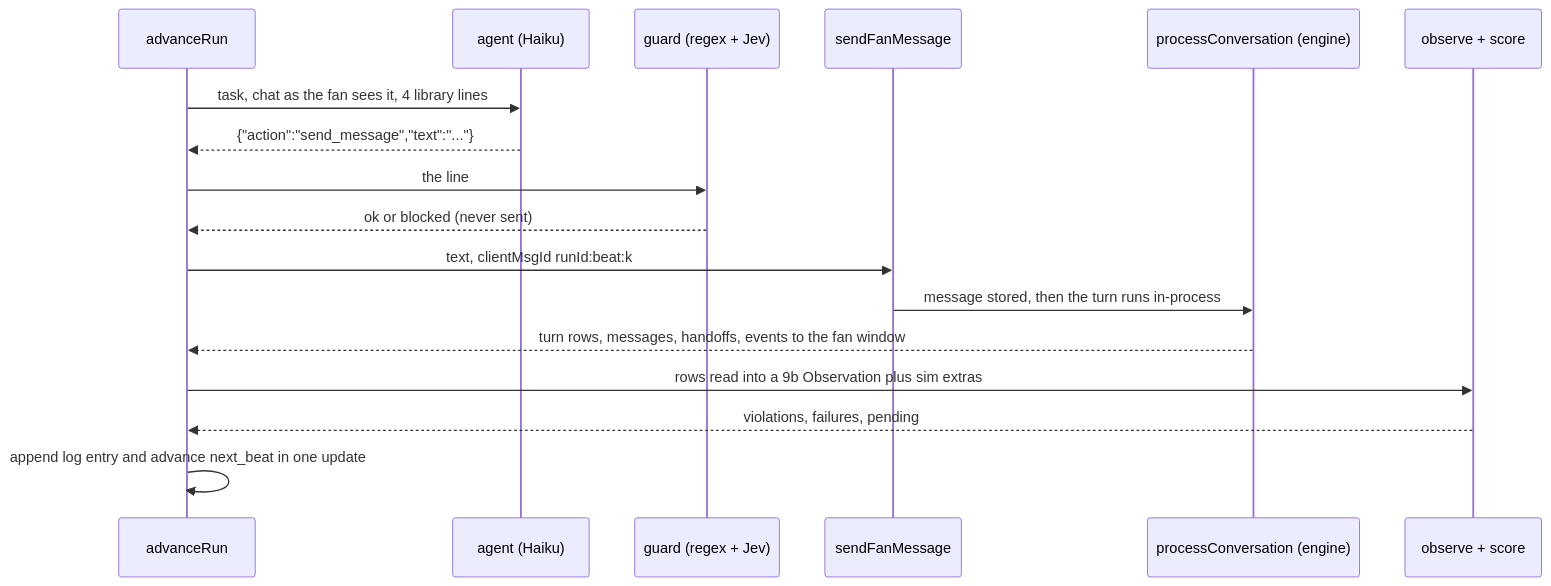
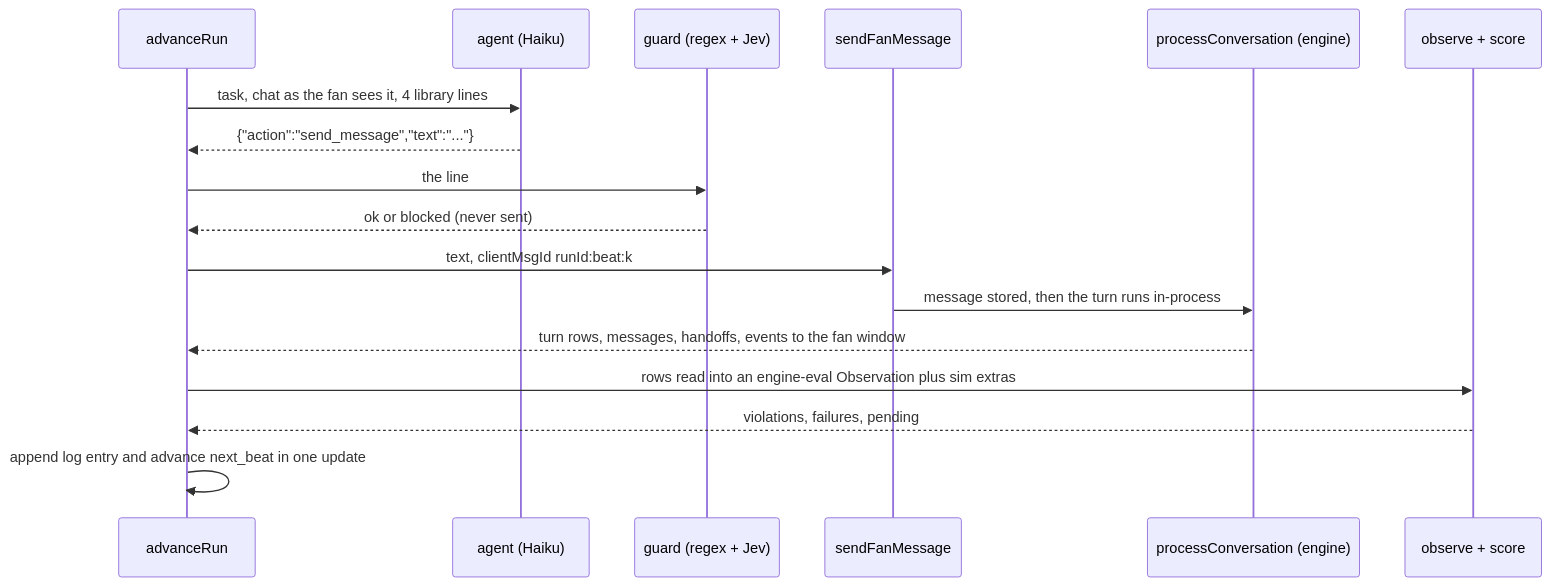
One commit to jadd0/understudy changed the second of 3 diagrams in docs/FAN-SIM.md. Above: the diagram before and after it, drawn with Mermaid. The commit also changed other lines of this file and 11 other files, not shown here.

````diff
--- a/docs/FAN-SIM.md
+++ b/docs/FAN-SIM.md
@@ -1023,19 +1020,19 @@
 ```mermaid
 sequenceDiagram
   participant R as advanceRun
   participant A as agent (Haiku)
   participant G as guard (regex + Jev)
   participant S as sendFanMessage
   participant E as processConversation (engine)
   participant O as observe + score
   R->>A: task, chat as the fan sees it, 4 library lines
   A-->>R: {"action":"send_message","text":"..."}
   R->>G: the line
   G-->>R: ok or blocked (never sent)
   R->>S: text, clientMsgId runId:beat:k
   S->>E: message stored, then the turn runs in-process
   E-->>R: turn rows, messages, handoffs, events to the fan window
-  R->>O: rows read into a 9b Observation plus sim extras
+  R->>O: rows read into an engine-eval Observation plus sim extras
   O-->>R: violations, failures, pending
   R->>R: append log entry and advance next_beat in one update
 ```
````
